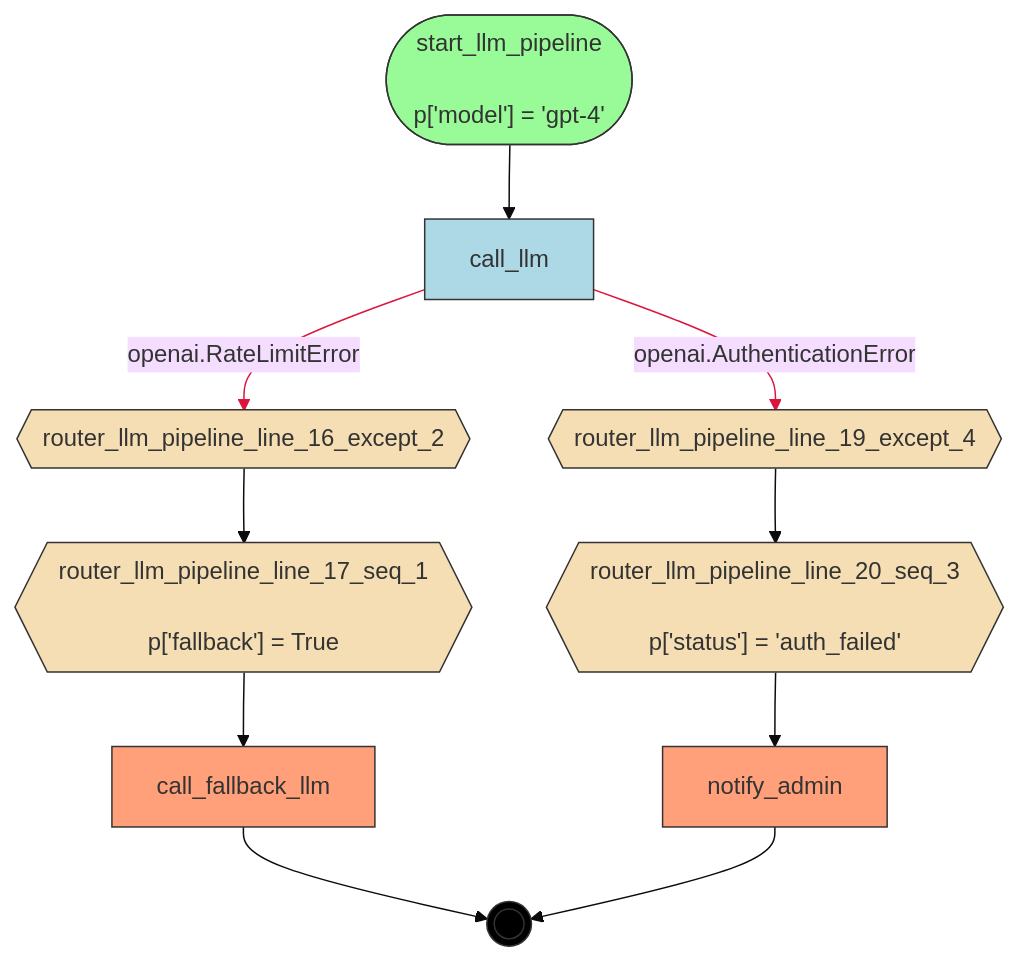
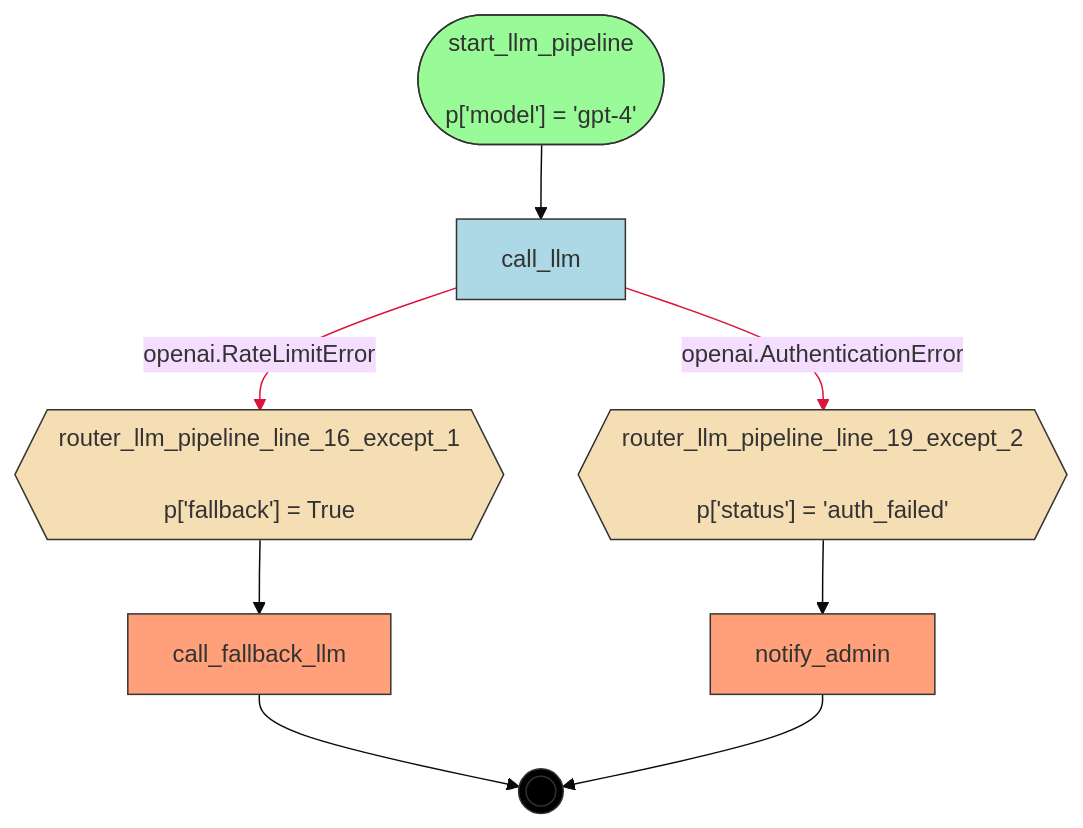
One commit to deliveryhero/asya changed the diagram in examples/flows/compiled/try_except_fqn_types/flow.mmd. Above: the diagram before and after it, drawn with Mermaid (base theme). The commit also changed 139 other files, not shown here.

Commit message:
chore: recompile all flows with int/float types in manifests

```diff
--- a/examples/flows/compiled/try_except_fqn_types/flow.mmd
+++ b/examples/flows/compiled/try_except_fqn_types/flow.mmd
@@ -1,34 +1,30 @@
 flowchart TD
     %% Flow: llm_pipeline
 
     call_fallback_llm[call_fallback_llm]
     call_llm[call_llm]
     notify_admin[notify_admin]
-    router_llm_pipeline_line_16_except_2{{router_llm_pipeline_line_16_except_2}}
-    router_llm_pipeline_line_17_seq_1{{"router_llm_pipeline_line_17_seq_1<br/><br/>p['fallback'] = True"}}
-    router_llm_pipeline_line_19_except_4{{router_llm_pipeline_line_19_except_4}}
-    router_llm_pipeline_line_20_seq_3{{"router_llm_pipeline_line_20_seq_3<br/><br/>p['status'] = 'auth_failed'"}}
+    router_llm_pipeline_line_16_except_1{{"router_llm_pipeline_line_16_except_1<br/><br/>p['fallback'] = True"}}
+    router_llm_pipeline_line_19_except_2{{"router_llm_pipeline_line_19_except_2<br/><br/>p['status'] = 'auth_failed'"}}
     start_llm_pipeline(["start_llm_pipeline<br/><br/>p['model'] = 'gpt-4'"])
     __end__((( )))
 
     start_llm_pipeline --> call_llm
-    router_llm_pipeline_line_17_seq_1 --> call_fallback_llm
-    router_llm_pipeline_line_16_except_2 --> router_llm_pipeline_line_17_seq_1
-    router_llm_pipeline_line_20_seq_3 --> notify_admin
-    router_llm_pipeline_line_19_except_4 --> router_llm_pipeline_line_20_seq_3
-    call_llm -->|"openai.RateLimitError"| router_llm_pipeline_line_16_except_2
-    call_llm -->|"openai.AuthenticationError"| router_llm_pipeline_line_19_except_4
+    router_llm_pipeline_line_16_except_1 --> call_fallback_llm
+    router_llm_pipeline_line_19_except_2 --> notify_admin
+    call_llm -->|"openai.RateLimitError"| router_llm_pipeline_line_16_except_1
+    call_llm -->|"openai.AuthenticationError"| router_llm_pipeline_line_19_except_2
     call_fallback_llm --> __end__
     notify_admin --> __end__
 
     classDef start fill:#98FB98,stroke:#333
     classDef endnode fill:#FFA07A,stroke:#333
     classDef router fill:#F5DEB3,stroke:#333
     classDef handler fill:#ADD8E6,stroke:#333
     classDef endpoint fill:#000,stroke:#333,color:#fff
     class start_llm_pipeline start
     class call_fallback_llm,notify_admin endnode
-    class router_llm_pipeline_line_16_except_2,router_llm_pipeline_line_17_seq_1,router_llm_pipeline_line_19_except_4,router_llm_pipeline_line_20_seq_3 router
+    class router_llm_pipeline_line_16_except_1,router_llm_pipeline_line_19_except_2 router
     class call_llm handler
     class __end__ endpoint
-    linkStyle 5,6 stroke:#DC143C
+    linkStyle 3,4 stroke:#DC143C
```
